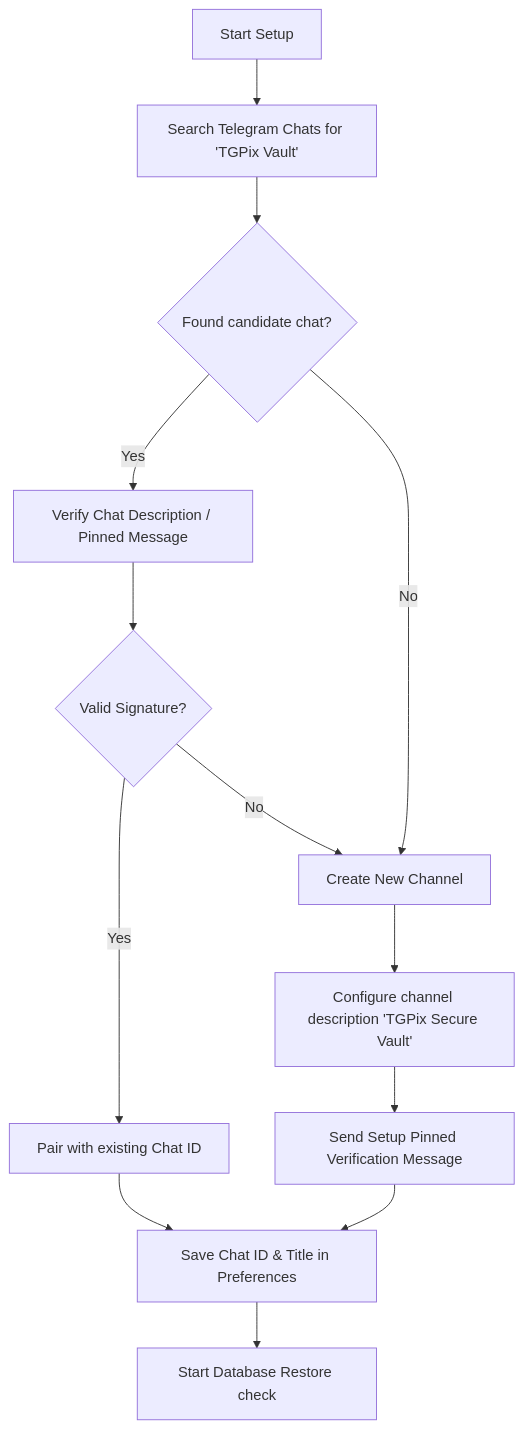
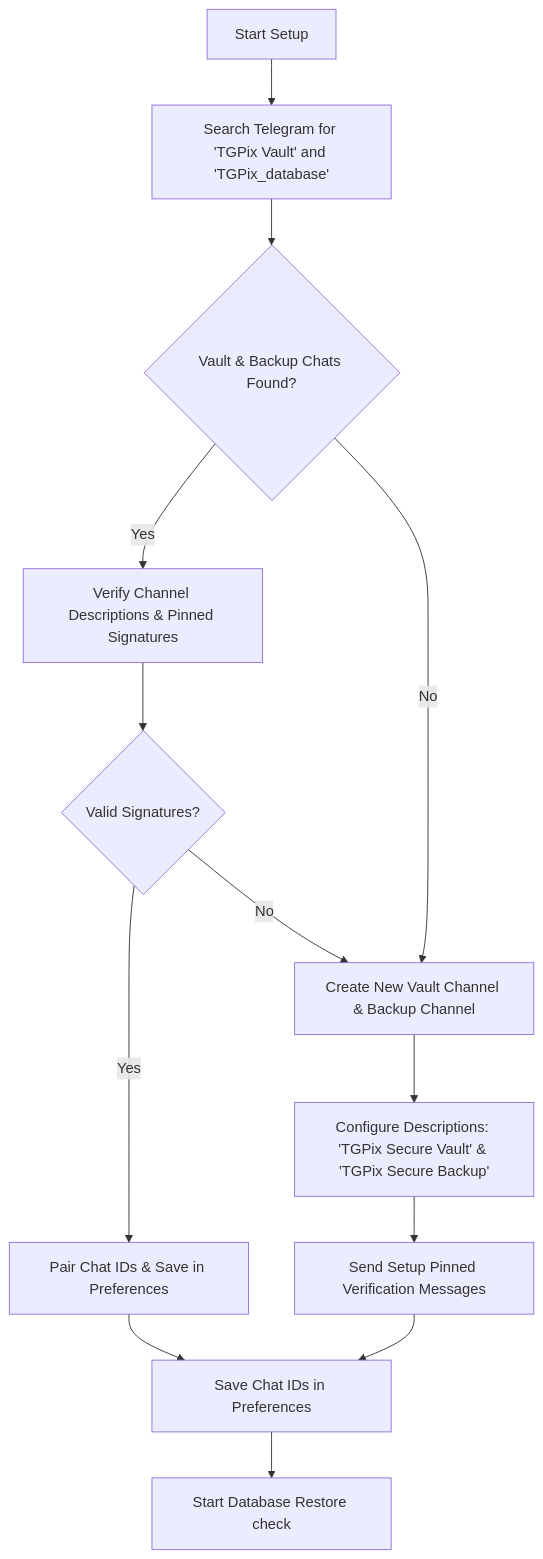
The third of 7 diagrams in application_flows.md (ssJvirtually/telegallery-android), drawn with Mermaid before and after one commit. The commit also changed other lines of this file and 111 other files, not shown here.

````diff
--- a/application_flows.md
+++ b/application_flows.md
@@ -77,15 +76,15 @@
 ```mermaid
 graph TD
-    A[Start Setup] --> B[Search Telegram Chats for 'TGPix Vault']
-    B --> C{Found candidate chat?}
-    C -->|Yes| D[Verify Chat Description / Pinned Message]
-    D --> E{Valid Signature?}
-    E -->|Yes| F[Pair with existing Chat ID]
-    E -->|No| H[Create New Channel]
+    A[Start Setup] --> B[Search Telegram for 'TGPix Vault' and 'TGPix_database']
+    B --> C{Vault & Backup Chats Found?}
+    C -->|Yes| D[Verify Channel Descriptions & Pinned Signatures]
+    D --> E{Valid Signatures?}
+    E -->|Yes| F[Pair Chat IDs & Save in Preferences]
+    E -->|No| H[Create New Vault Channel & Backup Channel]
     C -->|No| H
-    H --> I[Configure channel description 'TGPix Secure Vault']
-    I --> J[Send Setup Pinned Verification Message]
-    J --> K[Save Chat ID & Title in Preferences]
+    H --> I[Configure Descriptions: 'TGPix Secure Vault' & 'TGPix Secure Backup']
+    I --> J[Send Setup Pinned Verification Messages]
+    J --> K[Save Chat IDs in Preferences]
     F --> K
     K --> L[Start Database Restore check]
 ```
````
